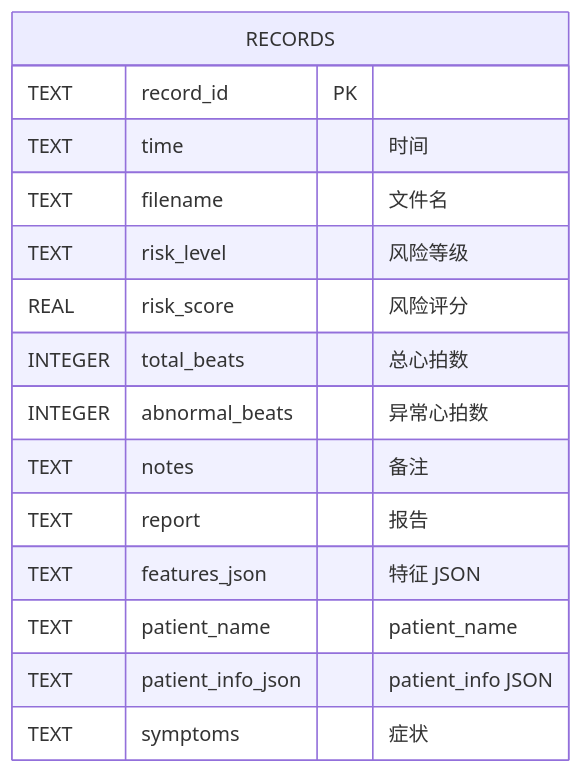
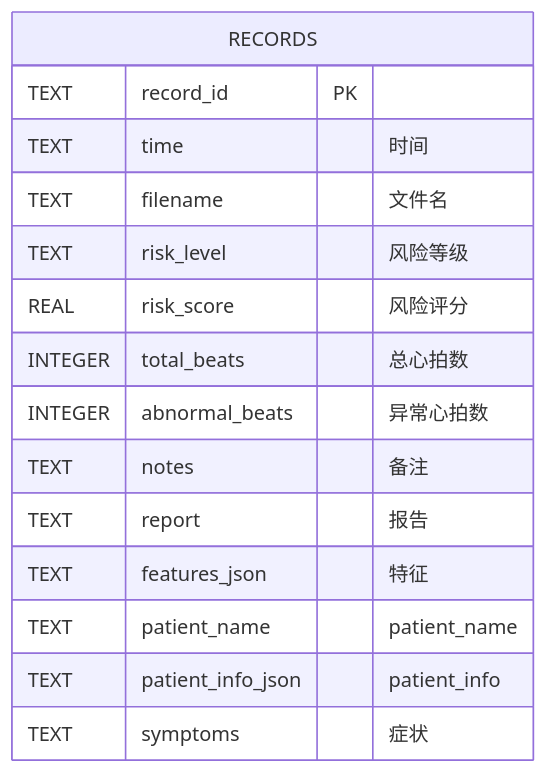
One commit to shyzwh/ecg-auxiliary-screening changed the third of 4 diagrams in docs/设计文档.md. Above: the diagram before and after it, drawn with Mermaid. The commit also changed other lines of this file and 7 other files, not shown here.

````diff
--- a/docs/设计文档.md
+++ b/docs/设计文档.md
@@ -120,18 +91,18 @@
 ```mermaid
 erDiagram
     RECORDS {
         TEXT record_id PK
         TEXT time "时间"
         TEXT filename "文件名"
         TEXT risk_level "风险等级"
         REAL risk_score "风险评分"
         INTEGER total_beats "总心拍数"
         INTEGER abnormal_beats "异常心拍数"
         TEXT notes "备注"
         TEXT report "报告"
-        TEXT features_json "特征 JSON"
+        TEXT features_json "特征"
         TEXT patient_name "patient_name"
-        TEXT patient_info_json "patient_info JSON"
+        TEXT patient_info_json "patient_info"
         TEXT symptoms "症状"
     }
 ```
````
